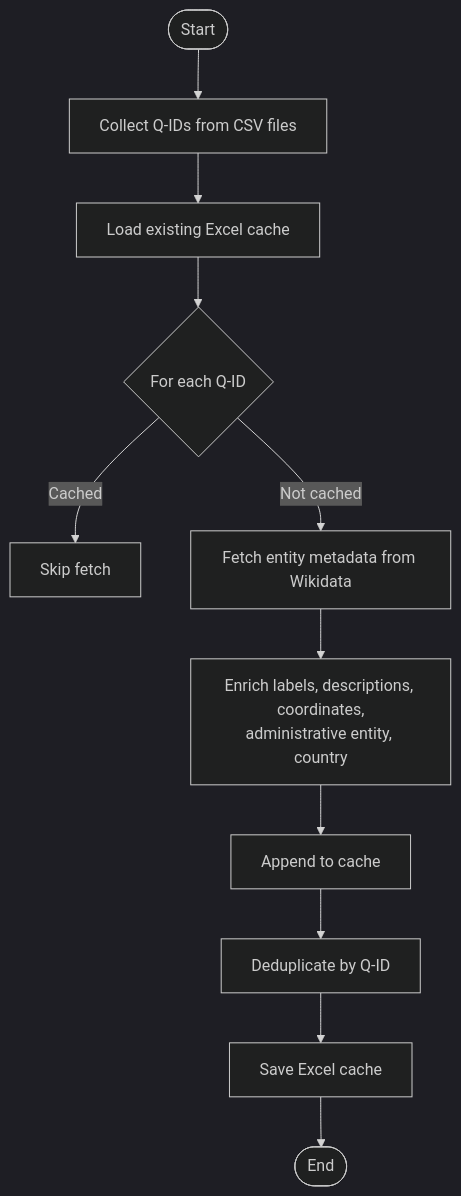
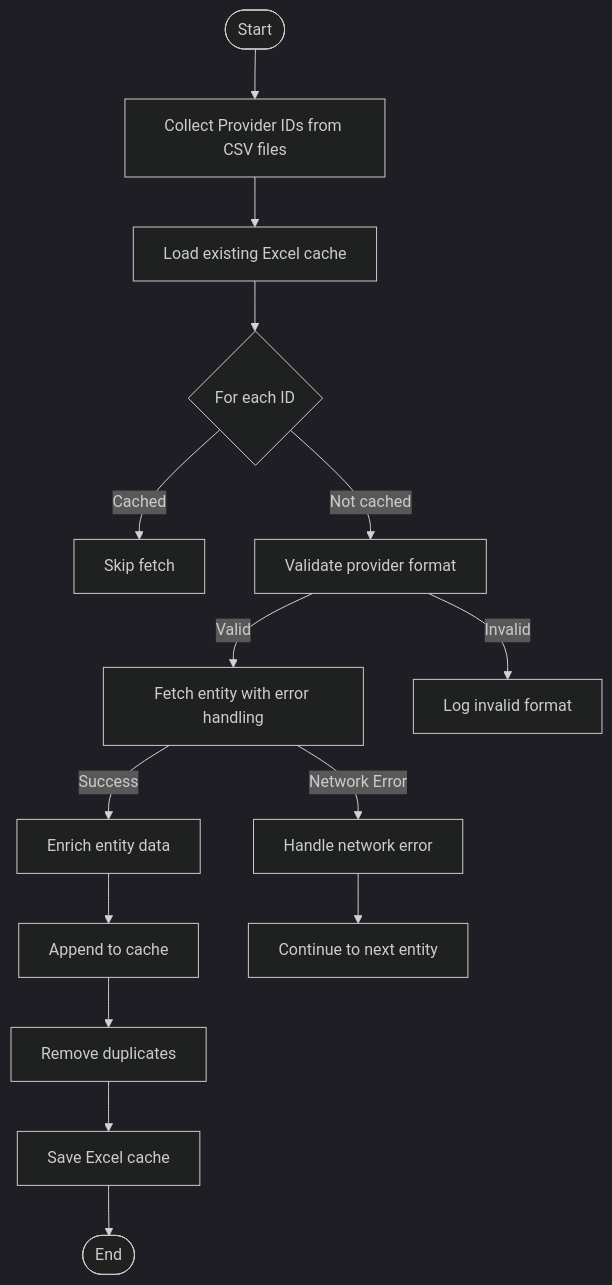
The third of 4 diagrams in .qoder/repowiki/en/content/Data Enrichment/Wikidata Integration.md (joaquimrcarvalho/dehergne-locations), drawn with Mermaid (dark theme) before and after one commit. The commit also changed other lines of this file and 8 other files, not shown here.

````diff
--- a/.qoder/repowiki/en/content/Data Enrichment/Wikidata Integration.md
+++ b/.qoder/repowiki/en/content/Data Enrichment/Wikidata Integration.md
@@ -148,13 +183,17 @@
 ```mermaid
 flowchart TD
-Start(["Start"]) --> Collect["Collect Q-IDs from CSV files"]
+Start(["Start"]) --> Collect["Collect Provider IDs from CSV files"]
 Collect --> LoadCache["Load existing Excel cache"]
-LoadCache --> Loop{"For each Q-ID"}
+LoadCache --> Loop{"For each ID"}
 Loop --> |Cached| Skip["Skip fetch"]
-Loop --> |Not cached| Fetch["Fetch entity metadata from Wikidata"]
-Fetch --> Enrich["Enrich labels, descriptions, coordinates,<br/>administrative entity, country"]
+Loop --> |Not cached| Validate["Validate provider format"]
+Validate --> |Valid| Fetch["Fetch entity with error handling"]
+Validate --> |Invalid| LogError["Log invalid format"]
+Fetch --> |Success| Enrich["Enrich entity data"]
+Fetch --> |Network Error| HandleError["Handle network error"]
 Enrich --> Append["Append to cache"]
-Append --> Dedup["Deduplicate by Q-ID"]
+HandleError --> Continue["Continue to next entity"]
+Append --> Dedup["Remove duplicates"]
 Dedup --> Save["Save Excel cache"]
 Save --> End(["End"])
 ```
````
